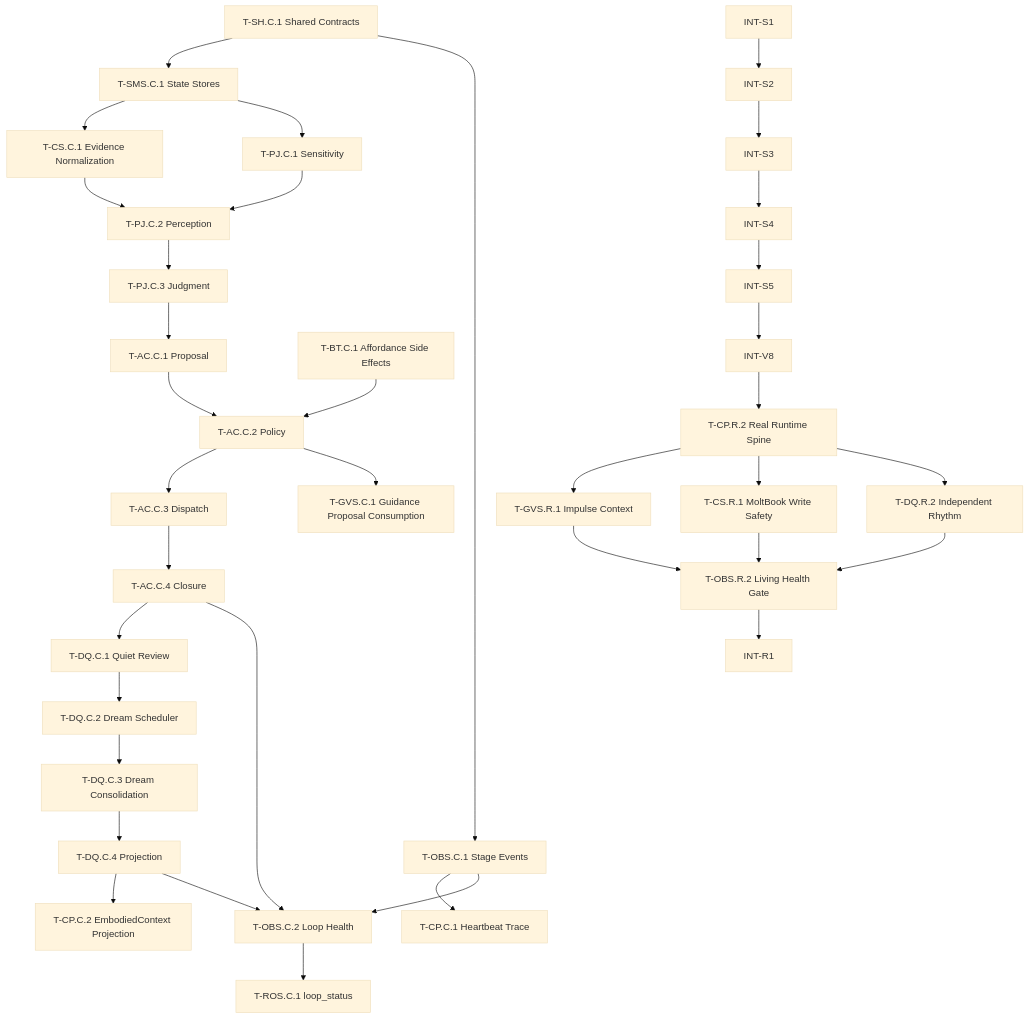
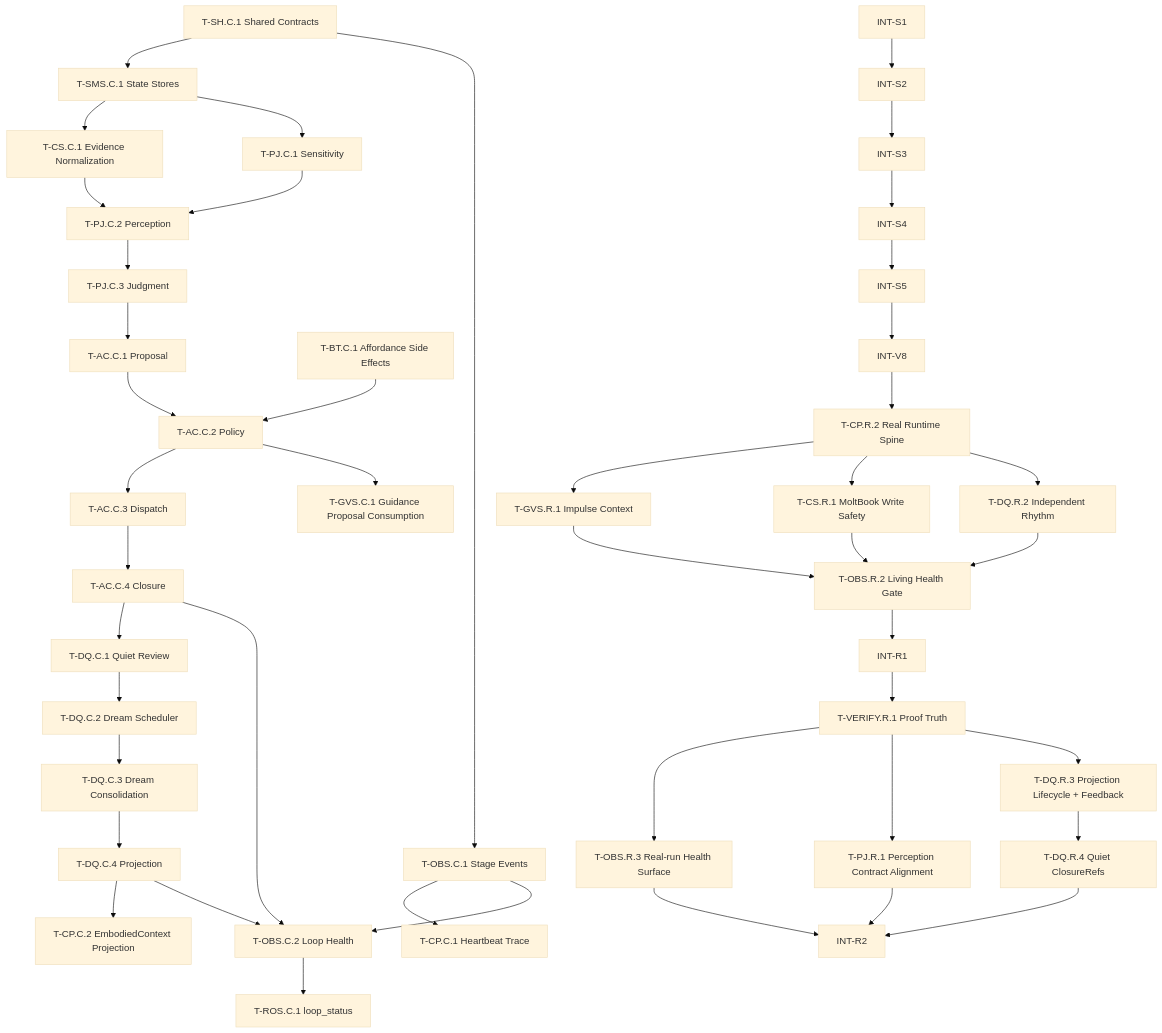
Before and after one commit to Haaaiawd/Second-Nature: the diagram in .anws/v8/05A_TASKS.md, drawn with Mermaid (base theme). The commit also changed other lines of this file and 65 other files, not shown here.

First line of the commit message:
release(v8): Wave 107 closure — proof truth, memory feedback, v0.2.4

````diff
--- a/.anws/v8/05A_TASKS.md
+++ b/.anws/v8/05A_TASKS.md
@@ -13,39 +13,47 @@
 ```mermaid
 graph TD
     SH1[T-SH.C.1 Shared Contracts] --> SMS1[T-SMS.C.1 State Stores]
     SH1 --> OBS1[T-OBS.C.1 Stage Events]
     SMS1 --> CS1[T-CS.C.1 Evidence Normalization]
     SMS1 --> PJ1[T-PJ.C.1 Sensitivity]
     CS1 --> PJ2[T-PJ.C.2 Perception]
     PJ1 --> PJ2
     PJ2 --> PJ3[T-PJ.C.3 Judgment]
     OBS1 --> CP1[T-CP.C.1 Heartbeat Trace]
     PJ3 --> AC1[T-AC.C.1 Proposal]
     AC1 --> AC2[T-AC.C.2 Policy]
     BT1[T-BT.C.1 Affordance Side Effects] --> AC2
     AC2 --> AC3[T-AC.C.3 Dispatch]
     AC3 --> AC4[T-AC.C.4 Closure]
     AC4 --> DQ1[T-DQ.C.1 Quiet Review]
     DQ1 --> DQ2[T-DQ.C.2 Dream Scheduler]
     DQ2 --> DQ3[T-DQ.C.3 Dream Consolidation]
     DQ3 --> DQ4[T-DQ.C.4 Projection]
     DQ4 --> CP2[T-CP.C.2 EmbodiedContext Projection]
     OBS1 --> OBS2[T-OBS.C.2 Loop Health]
     AC4 --> OBS2
     DQ4 --> OBS2
     OBS2 --> ROS1[T-ROS.C.1 loop_status]
     AC2 --> GVS1[T-GVS.C.1 Guidance Proposal Consumption]
     INT1[INT-S1] --> INT2[INT-S2]
     INT2 --> INT3[INT-S3]
     INT3 --> INT4[INT-S4]
     INT4 --> INT5[INT-S5]
     INT5 --> INTV8[INT-V8]
     INTV8 --> CPR2[T-CP.R.2 Real Runtime Spine]
     CPR2 --> GVSR1[T-GVS.R.1 Impulse Context]
     CPR2 --> CSR1[T-CS.R.1 MoltBook Write Safety]
     CPR2 --> DQR2[T-DQ.R.2 Independent Rhythm]
     GVSR1 --> OBSR2[T-OBS.R.2 Living Health Gate]
     CSR1 --> OBSR2
     DQR2 --> OBSR2
     OBSR2 --> INTR1[INT-R1]
+    INTR1 --> VERIFYR1[T-VERIFY.R.1 Proof Truth]
+    VERIFYR1 --> OBSR3[T-OBS.R.3 Real-run Health Surface]
+    VERIFYR1 --> PJR1[T-PJ.R.1 Perception Contract Alignment]
+    VERIFYR1 --> DQR3[T-DQ.R.3 Projection Lifecycle + Feedback]
+    DQR3 --> DQR4[T-DQ.R.4 Quiet ClosureRefs]
+    OBSR3 --> INTR2[INT-R2]
+    PJR1 --> INTR2
+    DQR4 --> INTR2
 ```
````
